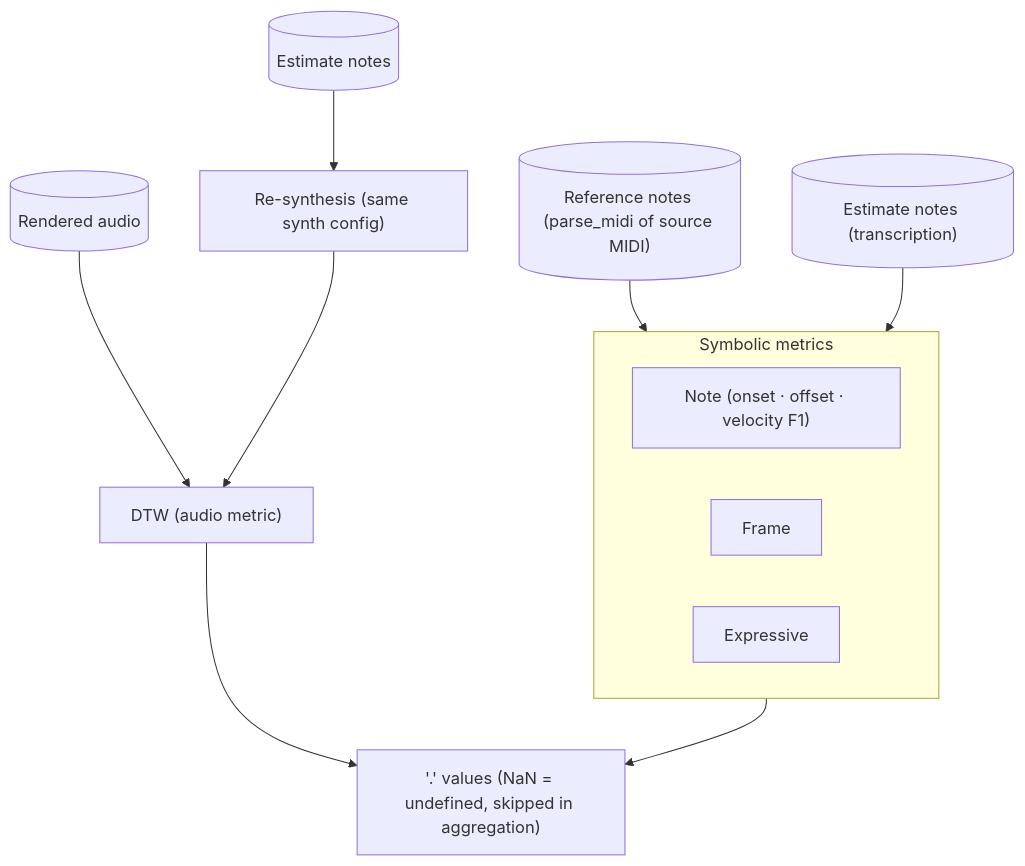
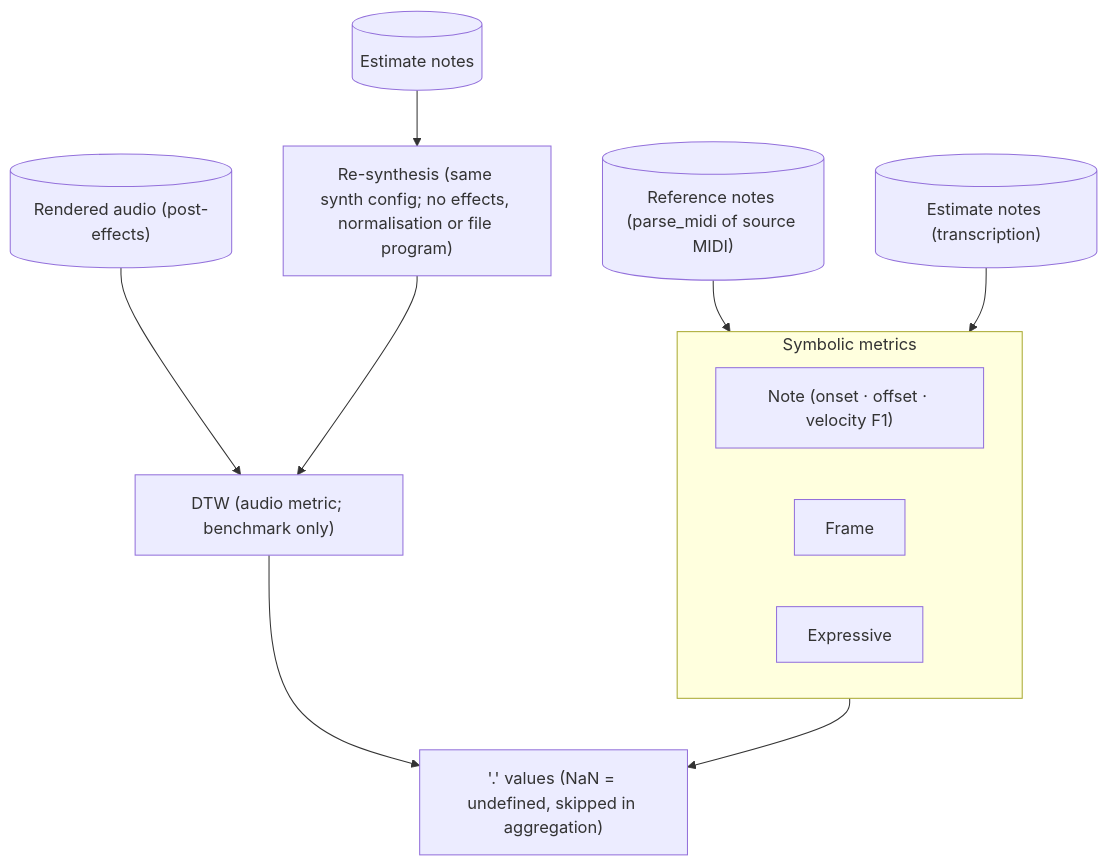
Before and after one commit to dadmaan/sonitra: the seventh of 10 diagrams in ARCHITECTURE.md, drawn with Mermaid. The commit also changed other lines of this file, not shown here.

Commit message:
docs: Update ARCHITECTURE

````diff
--- a/ARCHITECTURE.md
+++ b/ARCHITECTURE.md
@@ -155,25 +179,25 @@
 ```mermaid
 flowchart TB
     ref[("Reference notes (parse_midi of source MIDI)")]
     est[("Estimate notes (transcription)")]
 
     subgraph sym["Symbolic metrics"]
         direction LR
         note["Note (onset · offset · velocity F1)"]
         frame["Frame"]
         expr["Expressive"]
     end
 
     ref --> sym
     est --> sym
     sym --> flat["'<metric>.<key>' values (NaN = undefined, skipped in aggregation)"]
 
-    audio[("Rendered audio")]
+    audio[("Rendered audio (post-effects)")]
     est2[("Estimate notes")]
-    resynth["Re-synthesis (same synth config)"]
-    dtw["DTW (audio metric)"]
+    resynth["Re-synthesis (same synth config; no effects, normalisation or file program)"]
+    dtw["DTW (audio metric; benchmark only)"]
 
     audio --> dtw
     est2 --> resynth --> dtw
     dtw --> flat
 ```
````
